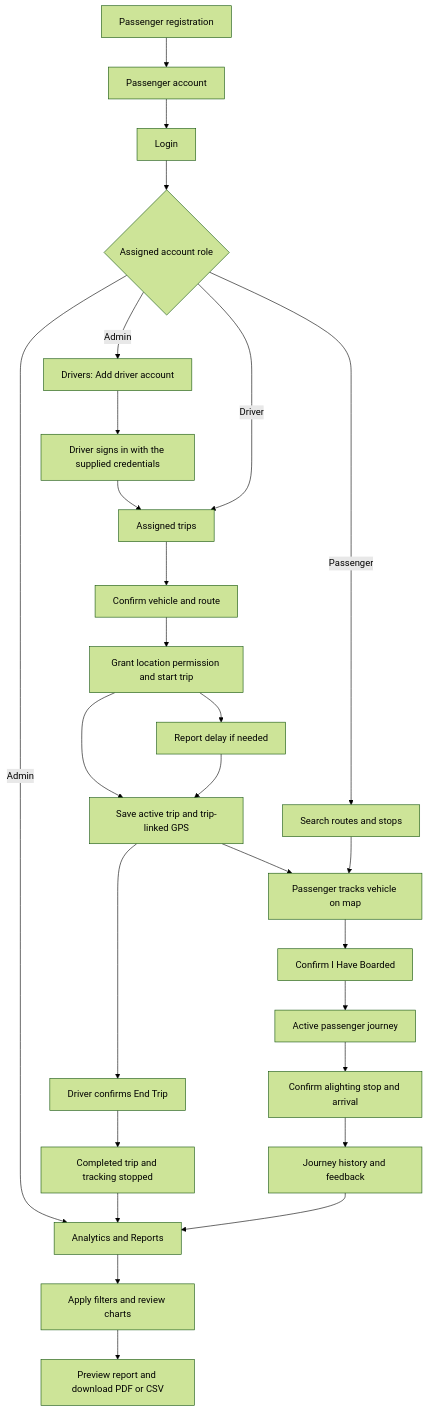
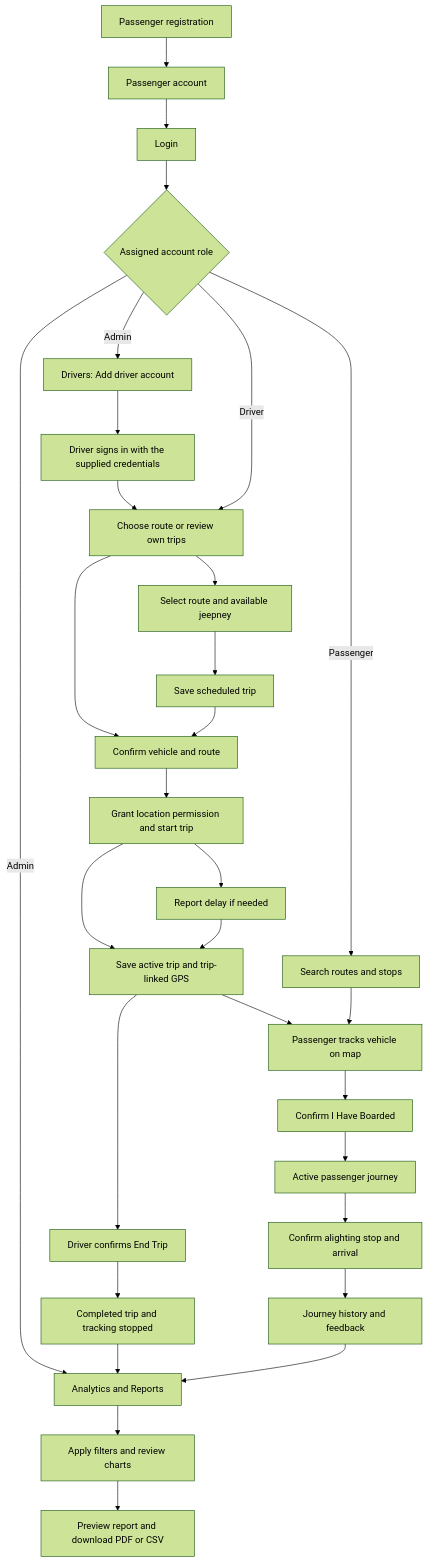
Before and after one commit to misakishon/JeepTrackWebsiteapp: the first of 2 diagrams in README.md, drawn with Mermaid (forest theme). The commit also changed other lines of this file and 9 other files, not shown here.

Commit message:
feat: driver route selection, vehicle reservation handling, and route planning UI

````diff
--- a/README.md
+++ b/README.md
@@ -17,29 +17,32 @@
 ```mermaid
 flowchart TD
     A[Login] --> B{Assigned account role}
     R[Passenger registration] --> P[Passenger account]
     P --> A
     B -->|Admin| C[Analytics and Reports]
     B -->|Admin| AC[Drivers: Add driver account]
     AC --> DL[Driver signs in with the supplied credentials]
     DL --> D
-    B -->|Driver| D[Assigned trips]
+    B -->|Driver| D[Choose route or review own trips]
     B -->|Passenger| E[Search routes and stops]
     D --> F[Confirm vehicle and route]
+    D --> RS[Select route and available jeepney]
+    RS --> SS[Save scheduled trip]
+    SS --> F
     F --> G[Grant location permission and start trip]
     G --> H[Save active trip and trip-linked GPS]
     H --> I[Passenger tracks vehicle on map]
     E --> I
     I --> J[Confirm I Have Boarded]
     J --> K[Active passenger journey]
     K --> L[Confirm alighting stop and arrival]
     L --> M[Journey history and feedback]
     G --> N[Report delay if needed]
     N --> H
     H --> O[Driver confirms End Trip]
     O --> Q[Completed trip and tracking stopped]
     Q --> C
     M --> C
     C --> S[Apply filters and review charts]
     S --> T[Preview report and download PDF or CSV]
 ```
````
